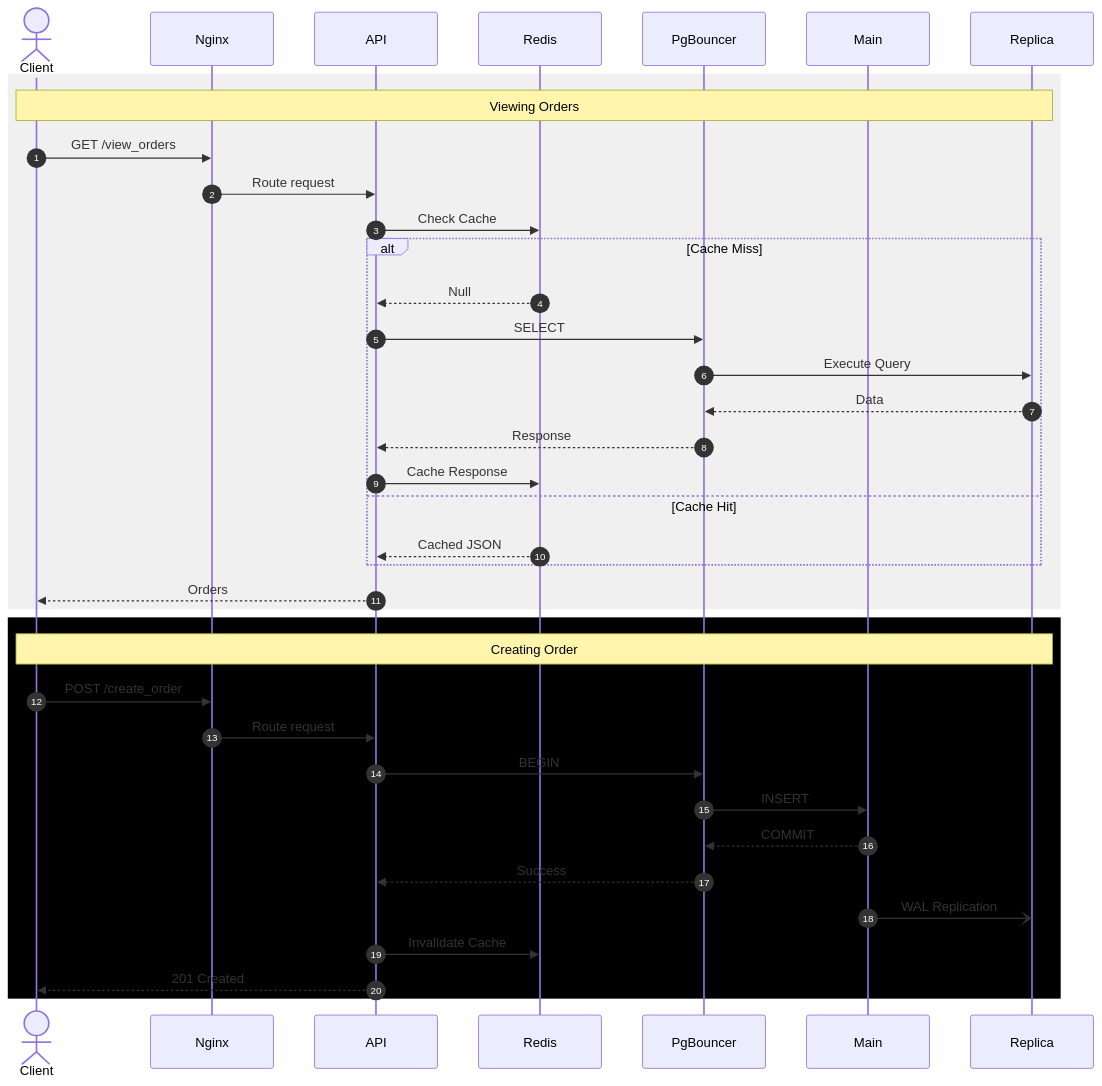
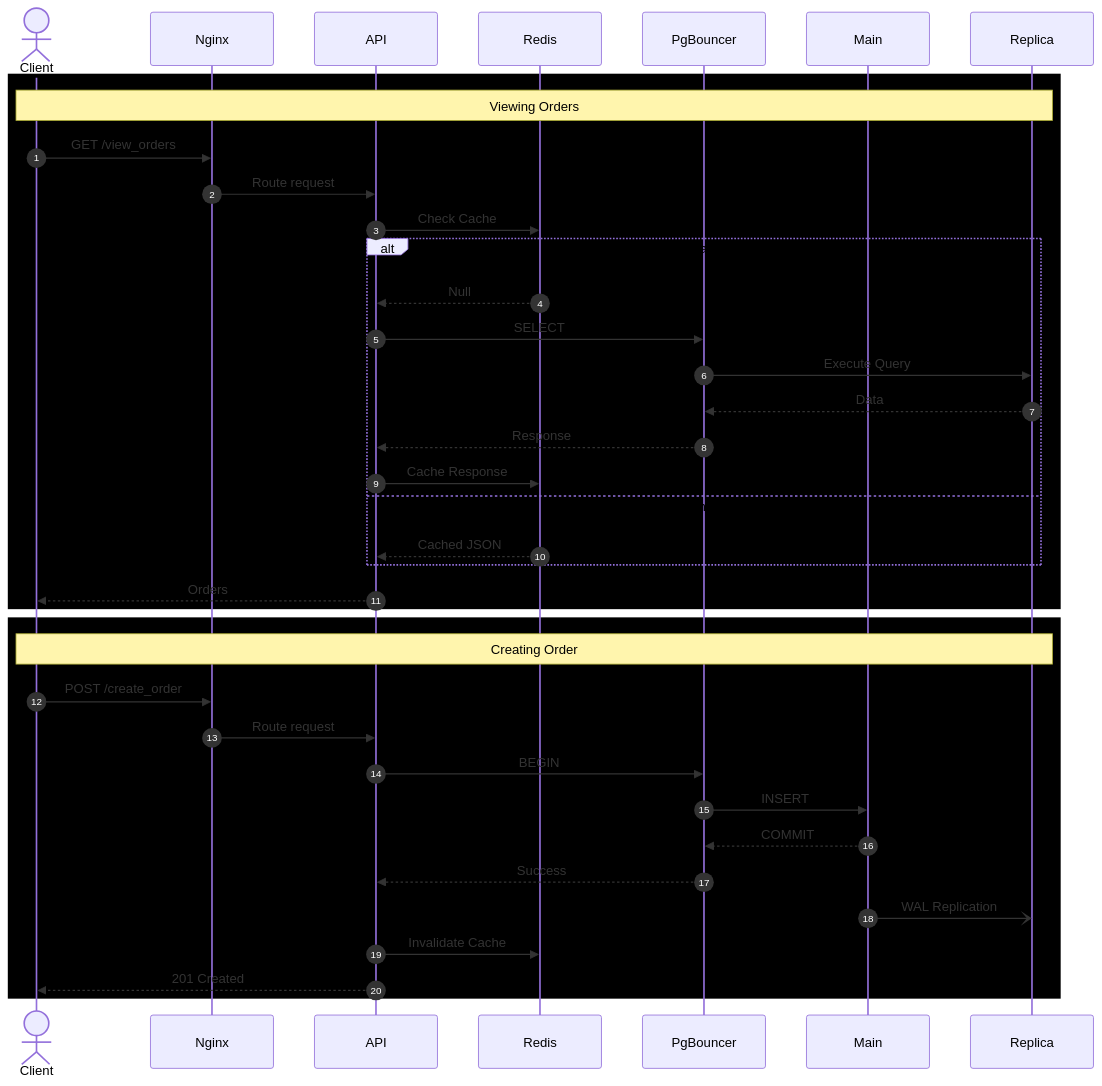
One commit to Akshat2734/WireDesk---Custom-Wire-Configurator-Production-Order-Display changed the fourth of 4 diagrams in README.md. Above: the diagram before and after it, drawn with Mermaid.

Commit message:
Update background color in README diagram
Changed background color from light gray to black in diagram.

````diff
--- a/README.md
+++ b/README.md
@@ -227,47 +227,47 @@
 ```mermaid
 sequenceDiagram
     autonumber
 
     actor Client
     participant Nginx
     participant API
     participant Redis
     participant PgBouncer
     participant Main
     participant Replica
 
-    rect rgb(240,240,240)
+    rect rgb(0,0,0)
         Note over Client,Replica: Viewing Orders
 
         Client->>Nginx: GET /view_orders
         Nginx->>API: Route request
         API->>Redis: Check Cache
 
         alt Cache Miss
             Redis-->>API: Null
             API->>PgBouncer: SELECT
             PgBouncer->>Replica: Execute Query
             Replica-->>PgBouncer: Data
             PgBouncer-->>API: Response
             API->>Redis: Cache Response
         else Cache Hit
             Redis-->>API: Cached JSON
         end
 
         API-->>Client: Orders
     end
 
     rect rgb(0,0,0)
         Note over Client,Replica: Creating Order
 
         Client->>Nginx: POST /create_order
         Nginx->>API: Route request
         API->>PgBouncer: BEGIN
         PgBouncer->>Main: INSERT
         Main-->>PgBouncer: COMMIT
         PgBouncer-->>API: Success
         Main-)Replica: WAL Replication
         API->>Redis: Invalidate Cache
         API-->>Client: 201 Created
     end
 ```
````
